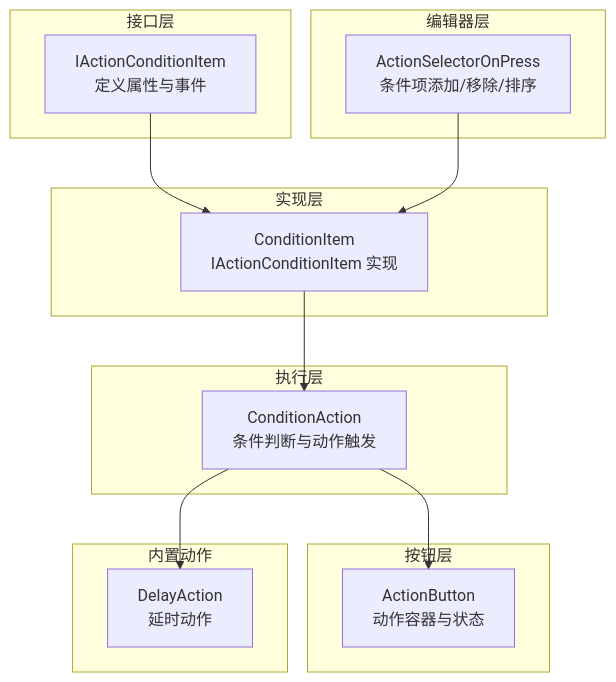
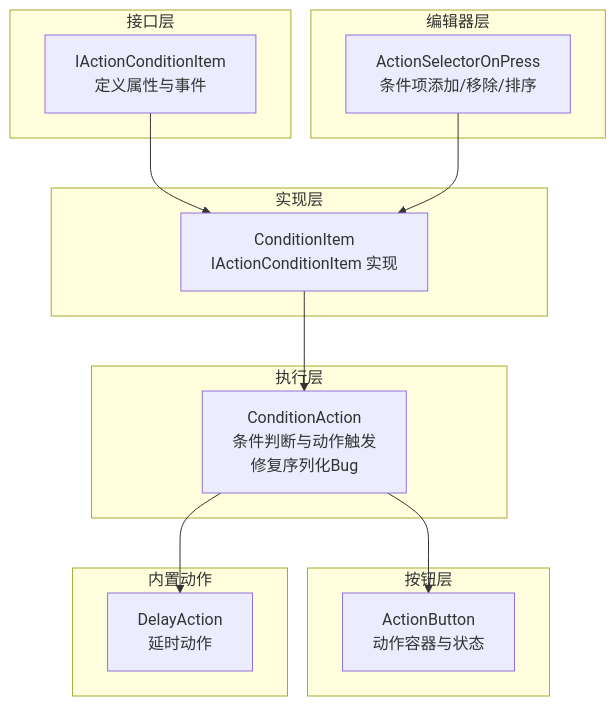
Before and after one commit to tea4go/Macro-Deck: the first of 4 diagrams in .qoder/repowiki/zh/content/API 参考/动作条件接口.md, drawn with Mermaid. The commit also changed other lines of this file and 28 other files, not shown here.

````diff
--- a/.qoder/repowiki/zh/content/API 参考/动作条件接口.md
+++ b/.qoder/repowiki/zh/content/API 参考/动作条件接口.md
@@ -45,26 +47,26 @@
 ```mermaid
 graph TB
 subgraph "接口层"
 I1["IActionConditionItem<br/>定义属性与事件"]
 end
 subgraph "实现层"
 CItem["ConditionItem<br/>IActionConditionItem 实现"]
 end
 subgraph "执行层"
-CA["ConditionAction<br/>条件判断与动作触发"]
+CA["ConditionAction<br/>条件判断与动作触发<br/>修复序列化Bug"]
 end
 subgraph "按钮层"
 AB["ActionButton<br/>动作容器与状态"]
 end
 subgraph "编辑器层"
 ASOP["ActionSelectorOnPress<br/>条件项添加/移除/排序"]
 end
 subgraph "内置动作"
 DA["DelayAction<br/>延时动作"]
 end
 I1 --> CItem
 CItem --> CA
 CA --> AB
 ASOP --> CItem
 CA --> DA
 ```
````
